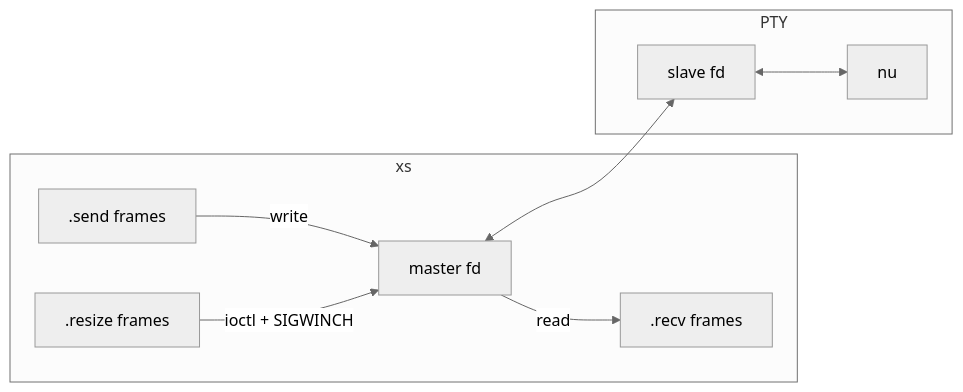
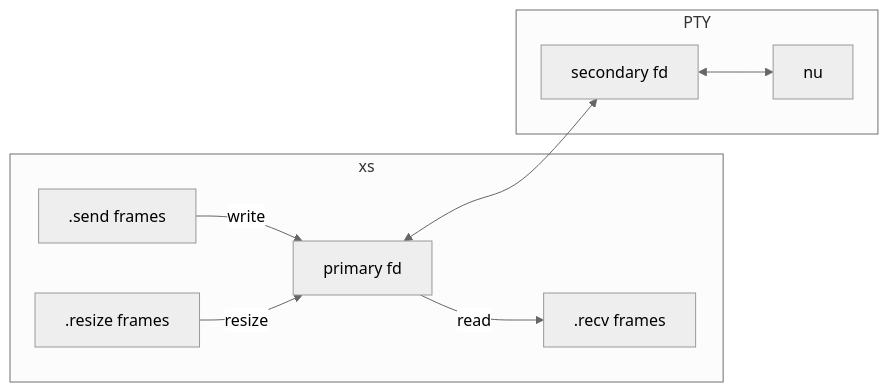
One commit to cablehead/xs changed the second of 2 diagrams in docs/src/content/docs/tutorials/web-terminal.mdx. Above: the diagram before and after it, drawn with Mermaid (neutral theme). The commit also changed other lines of this file and 6 other files, not shown here.

````diff
--- a/docs/src/content/docs/tutorials/web-terminal.mdx
+++ b/docs/src/content/docs/tutorials/web-terminal.mdx
@@ -89,18 +90,18 @@
 ```mermaid
 flowchart LR
   subgraph xs
-    master[master fd]
+    primary[primary fd]
     recv[".recv frames"]
     send[".send frames"]
     resize[".resize frames"]
   end
   subgraph PTY
     shell[nu]
-    slave[slave fd]
+    secondary[secondary fd]
   end
-  master -- "read" --> recv
-  send -- "write" --> master
-  resize -- "ioctl + SIGWINCH" --> master
-  master <--> slave
-  slave <--> shell
+  primary -- "read" --> recv
+  send -- "write" --> primary
+  resize -- "resize" --> primary
+  primary <--> secondary
+  secondary <--> shell
 ```
````
